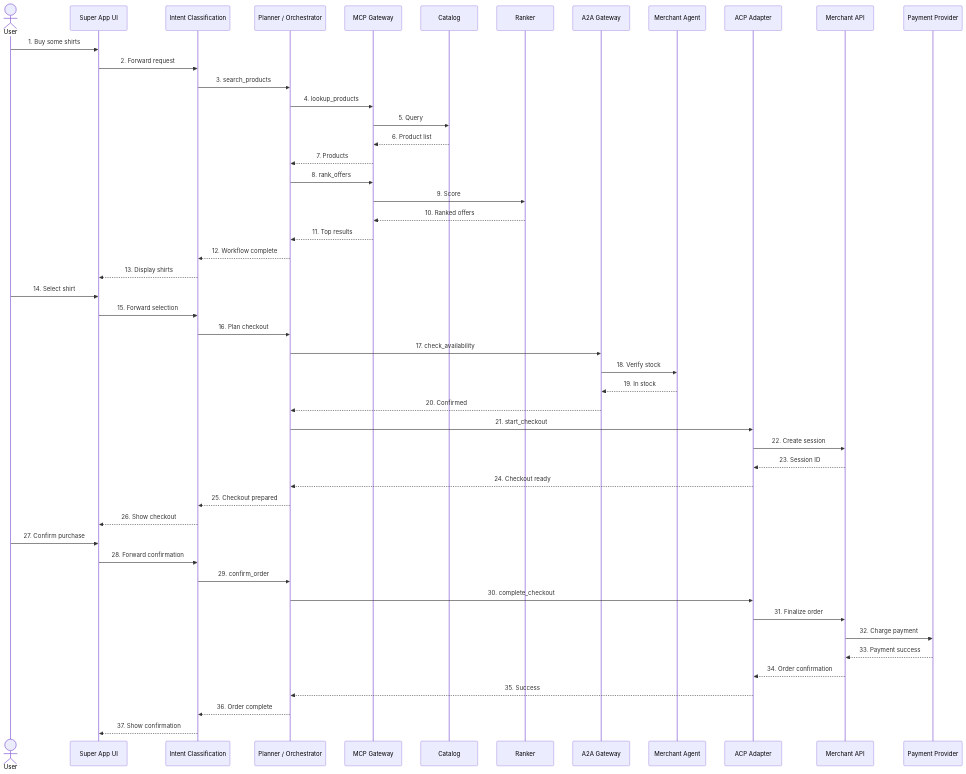
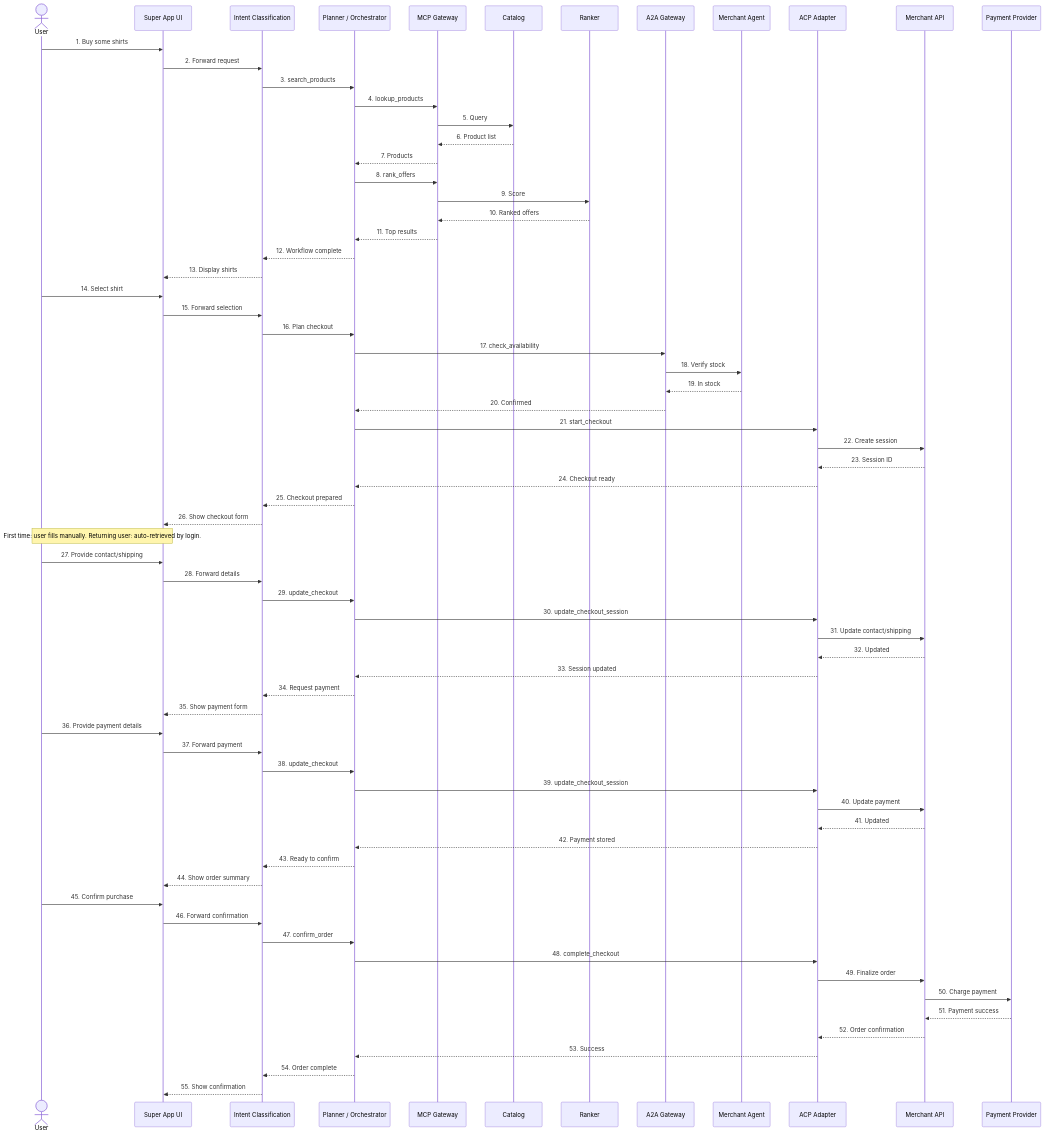
Before and after one commit to zhuohanl/agentic-commerce-protocol-demo: the third of 3 diagrams in understanding/design/layered-architecture-mvp.md, drawn with Mermaid. The commit also changed other lines of this file, not shown here.

Commit message:
Updated layered architecture for MVP

````diff
--- a/understanding/design/layered-architecture-mvp.md
+++ b/understanding/design/layered-architecture-mvp.md
@@ -483,20 +503,42 @@
 ACP-->>Planner: 24. Checkout ready
 
 Planner-->>Intent: 25. Checkout prepared
-Intent-->>UI: 26. Show checkout
+Intent-->>UI: 26. Show checkout form
 
-User->>UI: 27. Confirm purchase
-UI->>Intent: 28. Forward confirmation
-Intent->>Planner: 29. confirm_order
+Note over User,UI: First time: user fills manually. Returning user: auto-retrieved by login.
 
-Planner->>ACP: 30. complete_checkout
-ACP->>MerchantAPI: 31. Finalize order
-MerchantAPI->>PSP: 32. Charge payment
-PSP-->>MerchantAPI: 33. Payment success
+User->>UI: 27. Provide contact/shipping
+UI->>Intent: 28. Forward details
+Intent->>Planner: 29. update_checkout
+Planner->>ACP: 30. update_checkout_session
+ACP->>MerchantAPI: 31. Update contact/shipping
+MerchantAPI-->>ACP: 32. Updated
+ACP-->>Planner: 33. Session updated
+Planner-->>Intent: 34. Request payment
+Intent-->>UI: 35. Show payment form
 
-MerchantAPI-->>ACP: 34. Order confirmation
-ACP-->>Planner: 35. Success
+User->>UI: 36. Provide payment details
+UI->>Intent: 37. Forward payment
+Intent->>Planner: 38. update_checkout
+Planner->>ACP: 39. update_checkout_session
+ACP->>MerchantAPI: 40. Update payment
+MerchantAPI-->>ACP: 41. Updated
+ACP-->>Planner: 42. Payment stored
+Planner-->>Intent: 43. Ready to confirm
+Intent-->>UI: 44. Show order summary
 
-Planner-->>Intent: 36. Order complete
-Intent-->>UI: 37. Show confirmation
+User->>UI: 45. Confirm purchase
+UI->>Intent: 46. Forward confirmation
+Intent->>Planner: 47. confirm_order
+
+Planner->>ACP: 48. complete_checkout
+ACP->>MerchantAPI: 49. Finalize order
+MerchantAPI->>PSP: 50. Charge payment
+PSP-->>MerchantAPI: 51. Payment success
+
+MerchantAPI-->>ACP: 52. Order confirmation
+ACP-->>Planner: 53. Success
+
+Planner-->>Intent: 54. Order complete
+Intent-->>UI: 55. Show confirmation
 ```
````
